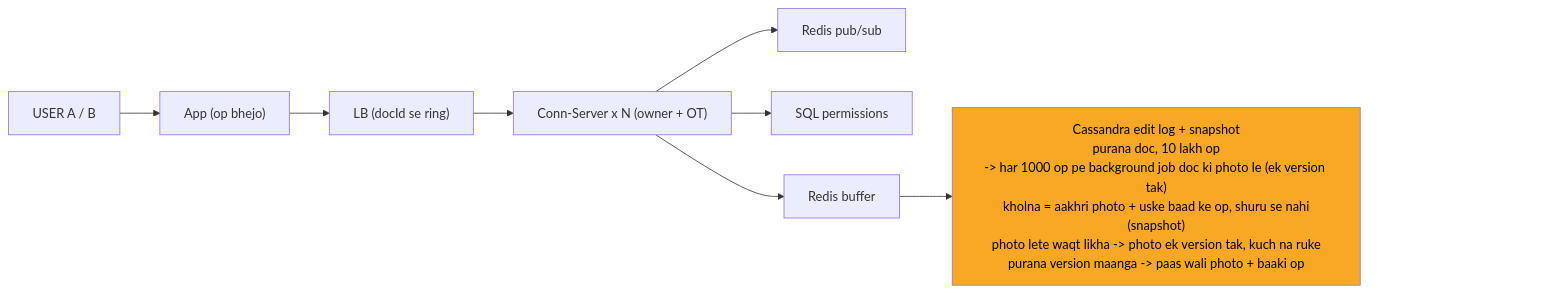
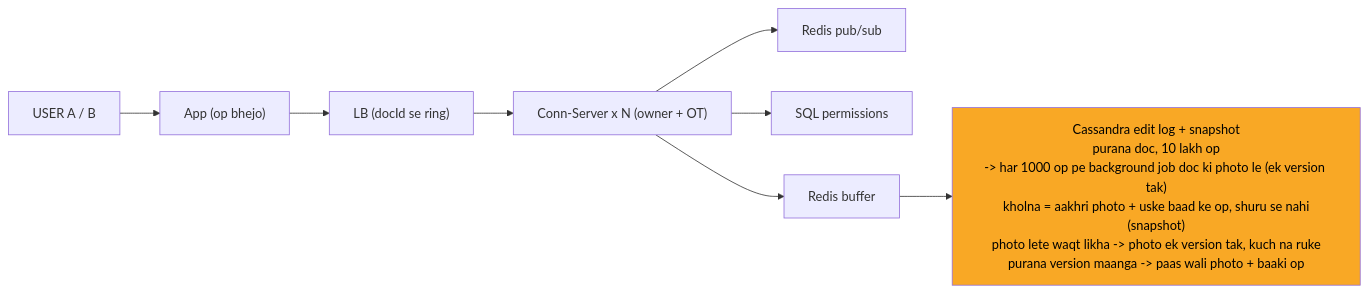
The ninth of 10 diagrams in 04_HLD/SYSTEM_DESIGNS/11_google_docs_collab/11_google_docs_collab.md (ArpanMaheshwari144/Prep), drawn with Mermaid before and after one commit. The commit also changed other lines of this file and 182 other files, not shown here.

Commit message:
hld 14 file: har diagram mermaid-cli se SVG image (source details me), n_pad hataya, render tool 04_HLD/tools

````diff
--- a/04_HLD/SYSTEM_DESIGNS/11_google_docs_collab/11_google_docs_collab.md
+++ b/04_HLD/SYSTEM_DESIGNS/11_google_docs_collab/11_google_docs_collab.md
@@ -369,23 +405,20 @@
 ```mermaid
 %%{init: {"flowchart": {"wrappingWidth": 450}}}%%
 flowchart LR
     n_USER["USER A / B"]
     n_App["App (op bhejo)"]
     n_LB["LB (docId se ring)"]
     n_Conn_Server_xN["Conn-Server x N (owner + OT)"]
     n_PS["Redis pub/sub"]
     n_SQL["SQL permissions"]
     n_BUF["Redis buffer"]
     n_CAS["Cassandra edit log + snapshot<br/>purana doc, 10 lakh op<br/>-> har 1000 op pe background job doc ki photo le (ek version tak)<br/>kholna = aakhri photo + uske baad ke op, shuru se nahi<br/>(snapshot)<br/>photo lete waqt likha -> photo ek version tak, kuch na ruke<br/>purana version maanga -> paas wali photo + baaki op"]
     n_USER --> n_App
     n_App --> n_LB
     n_LB --> n_Conn_Server_xN
     n_Conn_Server_xN --> n_PS
     n_Conn_Server_xN --> n_BUF
     n_Conn_Server_xN --> n_SQL
     n_BUF --> n_CAS
-    n_pad["xxxxxxxxxxxxxxxx"]
-    n_CAS ~~~ n_pad
     style n_CAS fill:#f9a825,color:#000
-    style n_pad fill:none,stroke:none,color:#ffffff00
 ```
````
